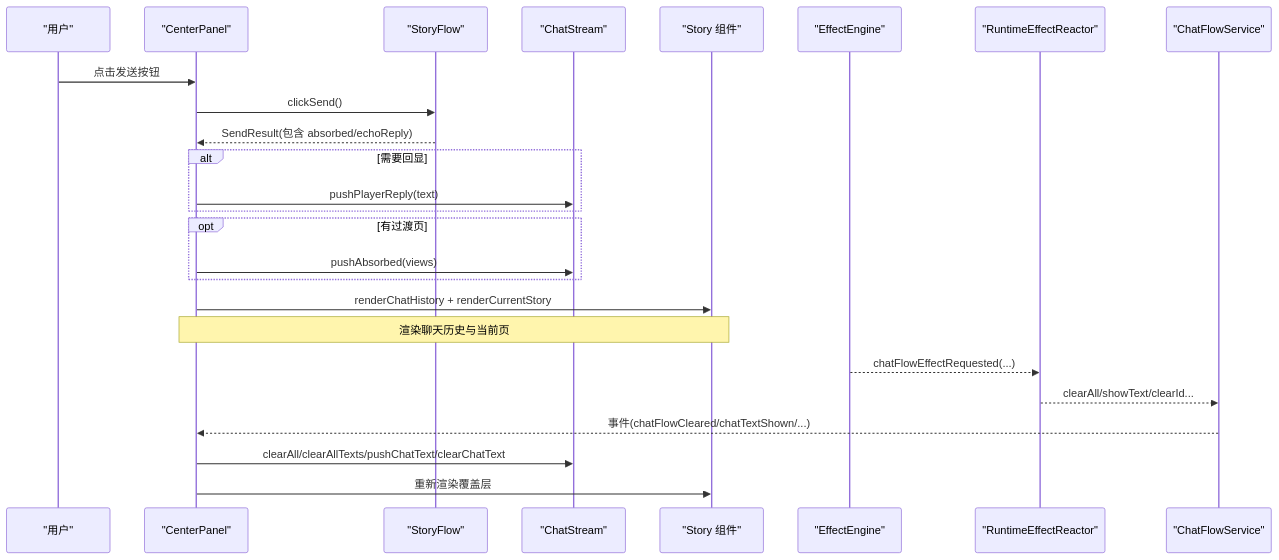
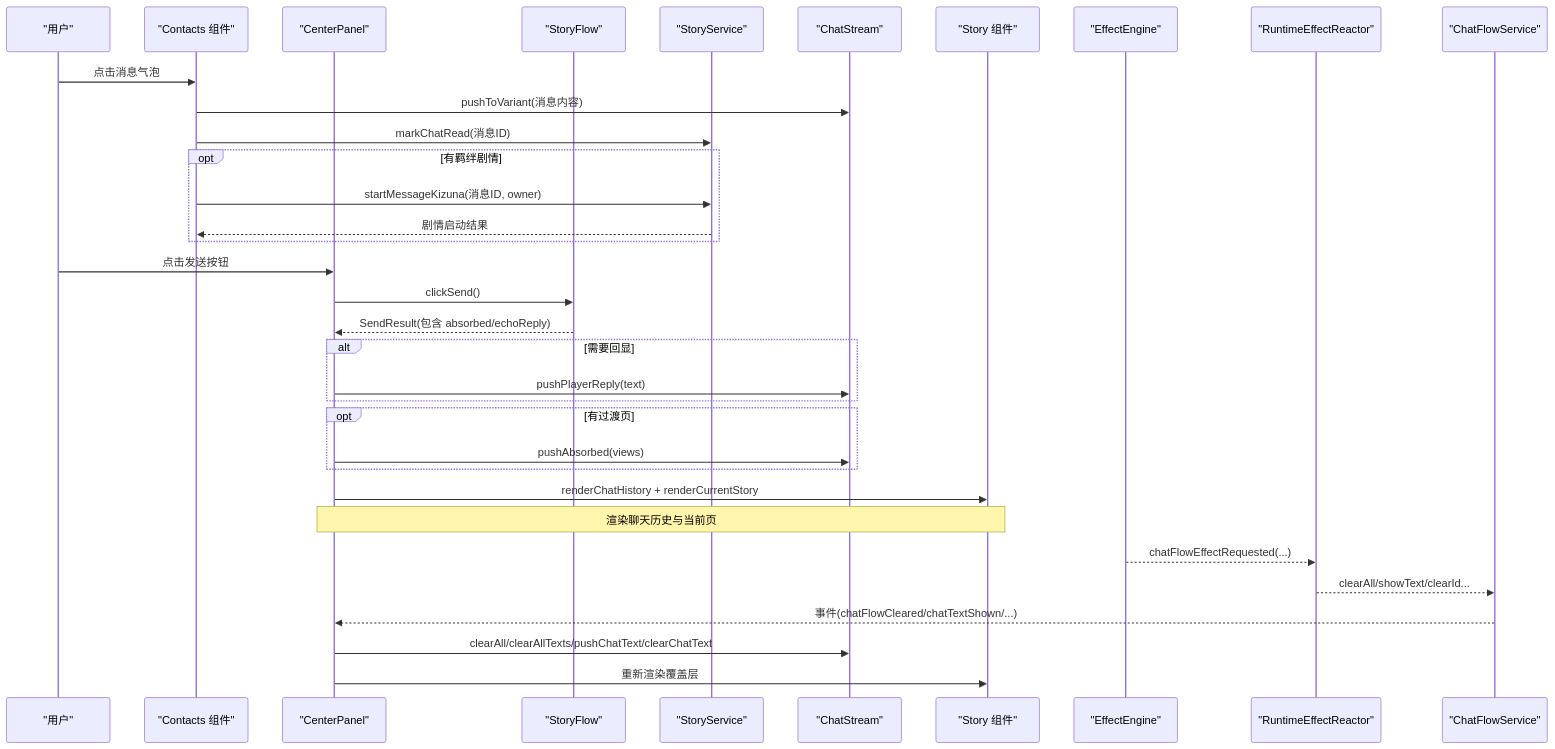
Before and after one commit to EsiLA9/Arona-Clicker: the second of 7 diagrams in .qoder/repowiki/zh/content/用户界面/聊天界面.md, drawn with Mermaid. The commit also changed other lines of this file and 79 other files, not shown here.

````diff
--- a/.qoder/repowiki/zh/content/用户界面/聊天界面.md
+++ b/.qoder/repowiki/zh/content/用户界面/聊天界面.md
@@ -126,27 +142,36 @@
 ```mermaid
 sequenceDiagram
 participant U as "用户"
+participant CT as "Contacts 组件"
 participant CP as "CenterPanel"
 participant SF as "StoryFlow"
+participant SS as "StoryService"
 participant CS as "ChatStream"
 participant ST as "Story 组件"
 participant EE as "EffectEngine"
 participant RR as "RuntimeEffectReactor"
 participant CFS as "ChatFlowService"
+U->>CT : 点击消息气泡
+CT->>CS : pushToVariant(消息内容)
+CT->>SS : markChatRead(消息ID)
+opt 有羁绊剧情
+CT->>SS : startMessageKizuna(消息ID, owner)
+SS-->>CT : 剧情启动结果
+end
 U->>CP : 点击发送按钮
 CP->>SF : clickSend()
 SF-->>CP : SendResult(包含 absorbed/echoReply)
 alt 需要回显
 CP->>CS : pushPlayerReply(text)
 end
 opt 有过渡页
 CP->>CS : pushAbsorbed(views)
 end
 CP->>ST : renderChatHistory + renderCurrentStory
 Note over CP,ST : 渲染聊天历史与当前页
 EE-->>RR : chatFlowEffectRequested(...)
 RR-->>CFS : clearAll/showText/clearId...
 CFS-->>CP : 事件(chatFlowCleared/chatTextShown/...)
 CP->>CS : clearAll/clearAllTexts/pushChatText/clearChatText
 CP->>ST : 重新渲染覆盖层
 ```
````
